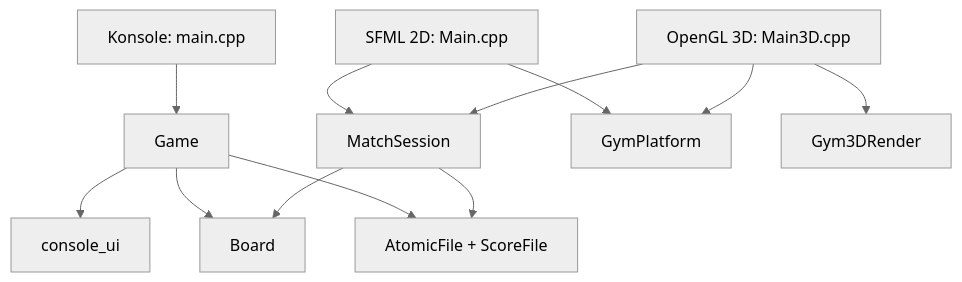
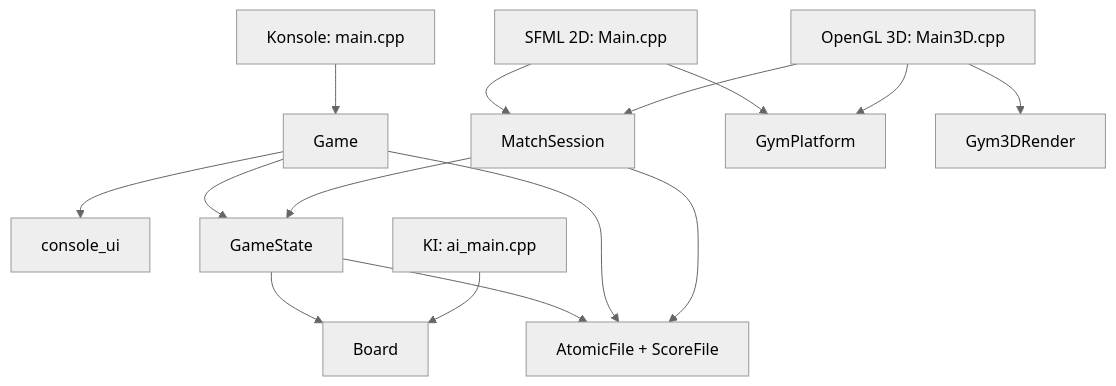
The diagram in docs/ARCHITECTURE.md (Julik527/vier-gewinnt-gym-edition-cpp), drawn with Mermaid (neutral theme) before and after one commit. The commit also changed other lines of this file and 7 other files, not shown here.

Commit message:
Update architecture, consolidate score writes and add regression tests

````diff
--- a/docs/ARCHITECTURE.md
+++ b/docs/ARCHITECTURE.md
@@ -18,14 +19,17 @@
 ```mermaid
 flowchart TD
     C["Konsole: main.cpp"] --> G["Game"]
     G --> U["console_ui"]
-    G --> B["Board"]
+    G --> S["GameState"]
+    S --> B["Board"]
     A["SFML 2D: Main.cpp"] --> M["MatchSession"]
     D["OpenGL 3D: Main3D.cpp"] --> M
-    M --> B
+    M --> S
+    K["KI: ai_main.cpp"] --> B
     A --> P["GymPlatform"]
     D --> P
     D --> R["Gym3DRender"]
-    G --> F["AtomicFile + ScoreFile"]
+    S --> F["AtomicFile + ScoreFile"]
+    G --> F
     M --> F
 ```
````
